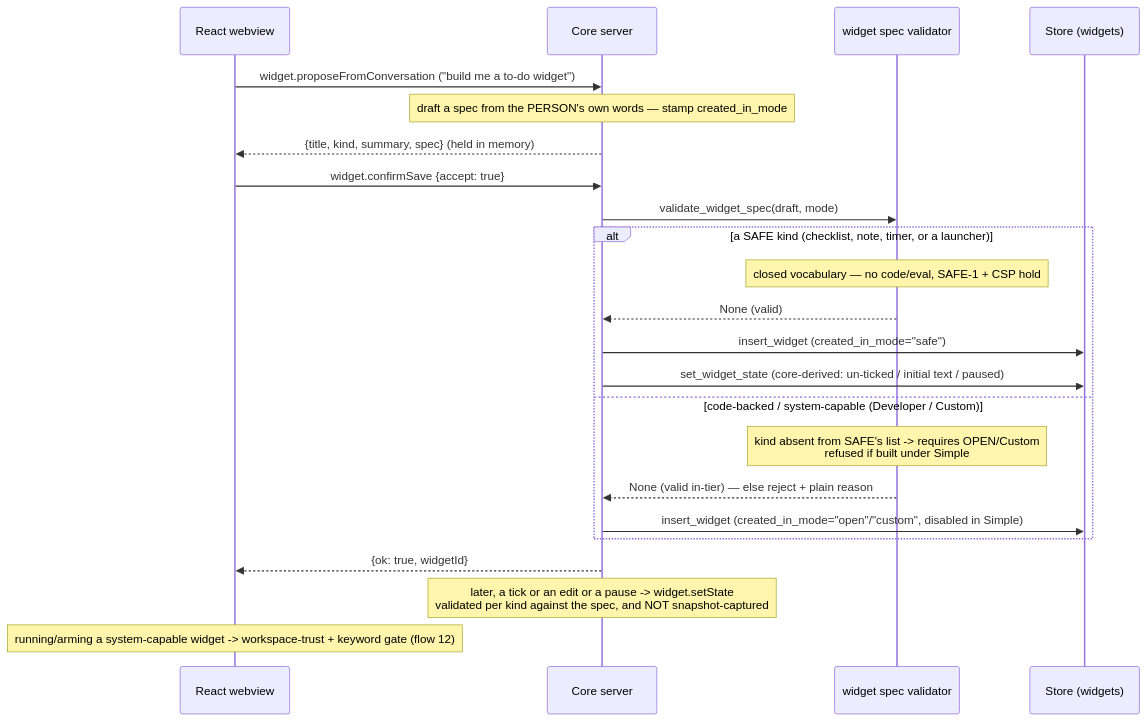
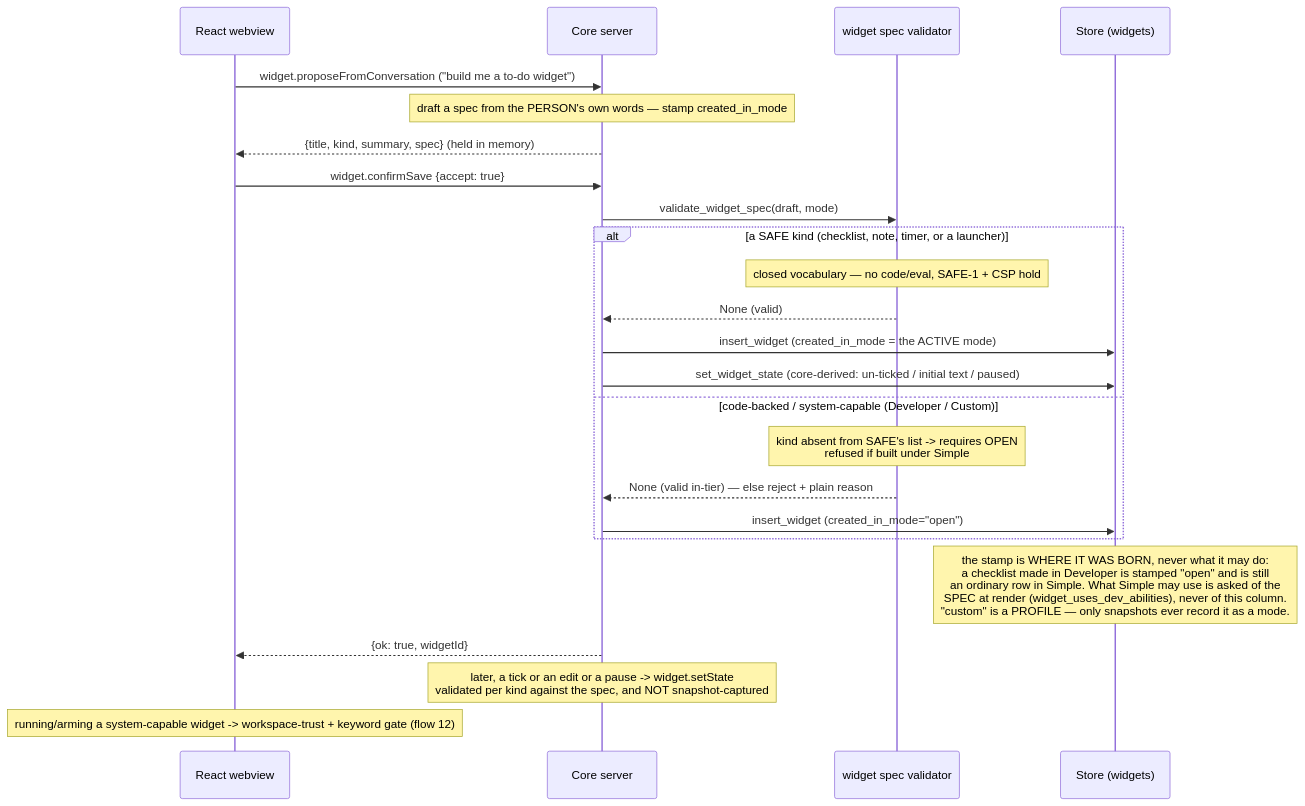
Diagram 13 of 15 in docs/flows.md (N041M/Addison), drawn with Mermaid before and after one commit. The commit also changed other lines of this file and 5 other files, not shown here.

````diff
--- a/docs/flows.md
+++ b/docs/flows.md
@@ -543,26 +545,27 @@
 ```mermaid
 sequenceDiagram
     participant WV as React webview
     participant SRV as Core server
     participant W as widget spec validator
     participant DB as Store (widgets)
 
     WV->>SRV: widget.proposeFromConversation ("build me a to-do widget")
     Note over SRV: draft a spec from the PERSON's own words — stamp created_in_mode
     SRV-->>WV: {title, kind, summary, spec}  (held in memory)
     WV->>SRV: widget.confirmSave {accept: true}
     SRV->>W: validate_widget_spec(draft, mode)
     alt a SAFE kind (checklist, note, timer, or a launcher)
         Note over W: closed vocabulary — no code/eval, SAFE-1 + CSP hold
         W-->>SRV: None (valid)
-        SRV->>DB: insert_widget (created_in_mode="safe")
+        SRV->>DB: insert_widget (created_in_mode = the ACTIVE mode)
         SRV->>DB: set_widget_state (core-derived: un-ticked / initial text / paused)
     else code-backed / system-capable (Developer / Custom)
-        Note over W: kind absent from SAFE's list -> requires OPEN/Custom<br/>refused if built under Simple
+        Note over W: kind absent from SAFE's list -> requires OPEN<br/>refused if built under Simple
         W-->>SRV: None (valid in-tier) — else reject + plain reason
-        SRV->>DB: insert_widget (created_in_mode="open"/"custom", disabled in Simple)
+        SRV->>DB: insert_widget (created_in_mode="open")
     end
+    Note over DB: the stamp is WHERE IT WAS BORN, never what it may do:<br/>a checklist made in Developer is stamped "open" and is still<br/>an ordinary row in Simple. What Simple may use is asked of the<br/>SPEC at render (widget_uses_dev_abilities), never of this column.<br/>"custom" is a PROFILE — only snapshots ever record it as a mode.
     SRV-->>WV: {ok: true, widgetId}
     Note over SRV: later, a tick or an edit or a pause -> widget.setState<br/>validated per kind against the spec, and NOT snapshot-captured
     Note over WV: running/arming a system-capable widget -> workspace-trust + keyword gate (flow 12)
 ```
````
